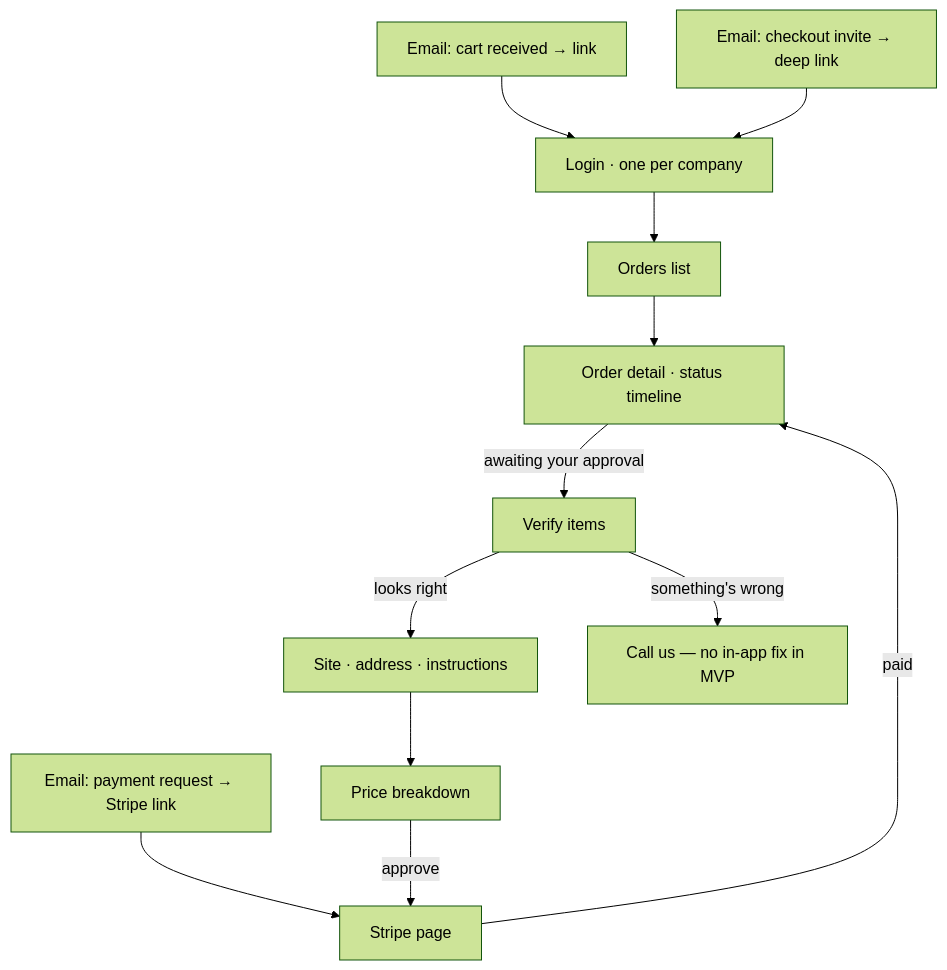
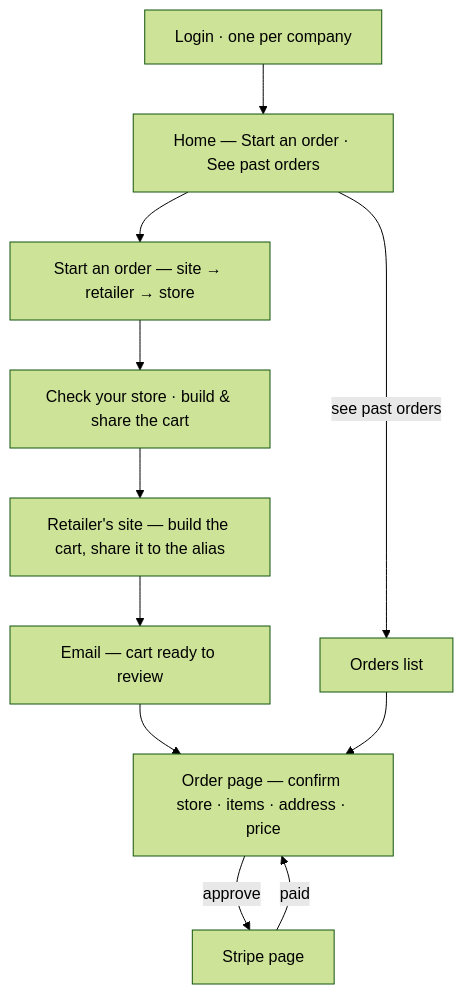
The diagram in ai_docs/_wireframes_company_portal.md (apalumbi/DeliveryApp), drawn with Mermaid (forest theme) before and after one commit. The commit also changed other lines of this file and 19 other files, not shown here.

````diff
--- a/ai_docs/_wireframes_company_portal.md
+++ b/ai_docs/_wireframes_company_portal.md
@@ -8,16 +9,13 @@
 ```mermaid
 flowchart TD
-    M1["Email: cart received → link"] --> L
-    M2["Email: checkout invite → deep link"] --> L
-    M3["Email: payment request → Stripe link"] --> S
-
-    L[Login · one per company] --> LIST[Orders list]
-    LIST --> DET[Order detail · status timeline]
-
-    DET -->|awaiting your approval| V[Verify items]
-    V -->|looks right| AD[Site · address · instructions]
-    V -->|something's wrong| CALL[Call us — no in-app fix in MVP]
-    AD --> Q[Price breakdown]
-    Q -->|approve| S[Stripe page]
-    S -->|paid| DET
+    L[Login · one per company] --> H["Home — Start an order · See past orders"]
+    H --> W1["Start an order — site → retailer → store"]
+    W1 --> W2["Check your store · build & share the cart"]
+    W2 --> R["Retailer's site — build the cart, share it to the alias"]
+    R --> E["Email — cart ready to review"]
+    E --> D["Order page — confirm store · items · address · price"]
+    D -->|approve| S[Stripe page]
+    S -->|paid| D
+    H -->|see past orders| LIST[Orders list]
+    LIST --> D
 ```
````
